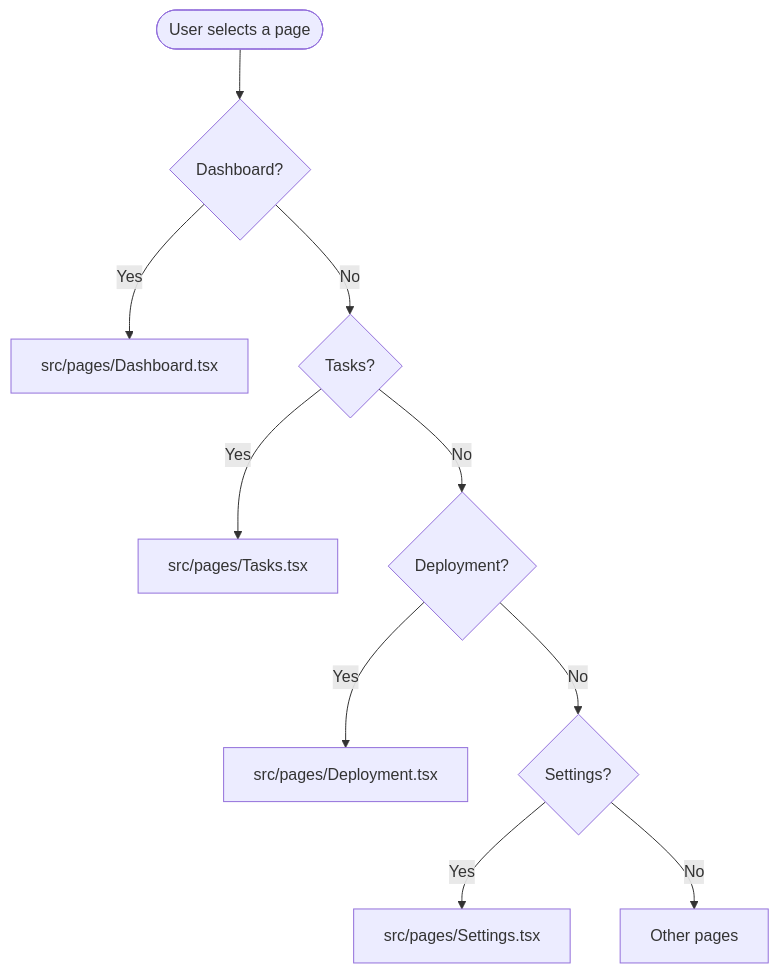
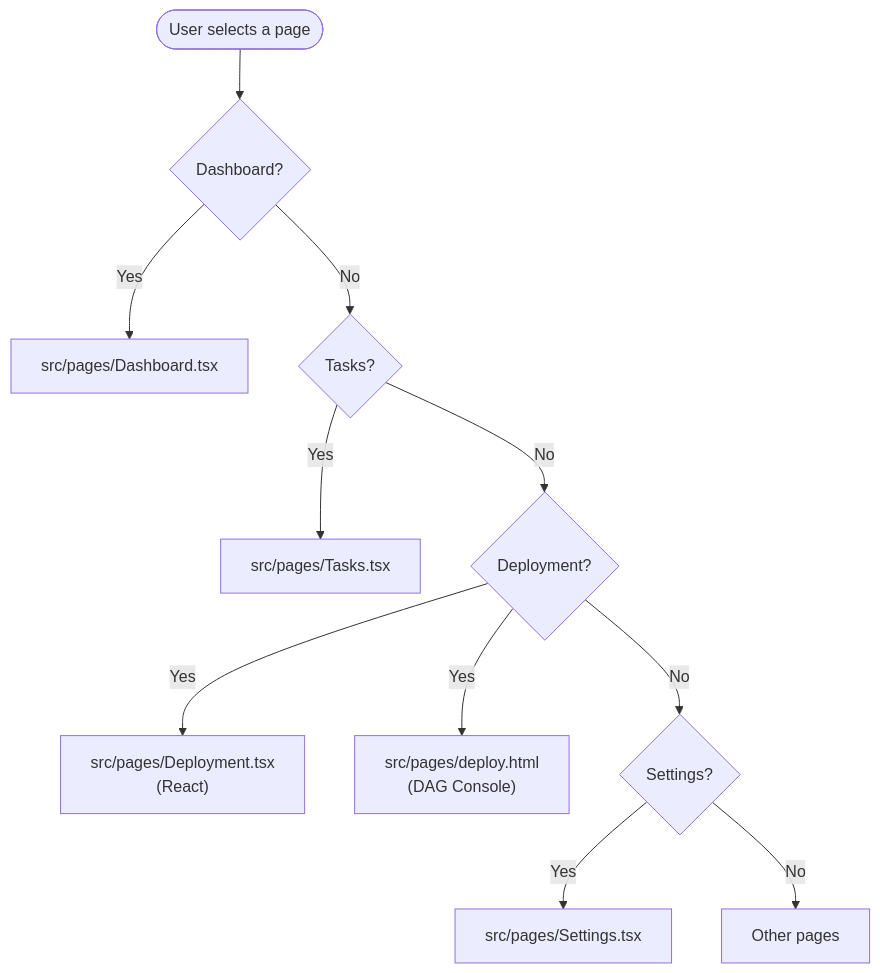
One commit to Glimora-X/work-helper changed the fourth of 5 diagrams in .qoder/repowiki/en/content/Frontend Application Architecture/Frontend Application Architecture.md. Above: the diagram before and after it, drawn with Mermaid. The commit also changed other lines of this file and 11 other files, not shown here.

````diff
--- a/.qoder/repowiki/en/content/Frontend Application Architecture/Frontend Application Architecture.md
+++ b/.qoder/repowiki/en/content/Frontend Application Architecture/Frontend Application Architecture.md
@@ -182,12 +199,13 @@
 ```mermaid
 flowchart TD
 Start(["User selects a page"]) --> Dash{"Dashboard?"}
 Dash --> |Yes| D["src/pages/Dashboard.tsx"]
 Dash --> |No| Task{"Tasks?"}
 Task --> |Yes| T["src/pages/Tasks.tsx"]
 Task --> |No| Deplo{"Deployment?"}
-Deplo --> |Yes| DP["src/pages/Deployment.tsx"]
+Deplo --> |Yes| DR["src/pages/Deployment.tsx<br/>(React)"]
+Deplo --> |Yes| DH["src/pages/deploy.html<br/>(DAG Console)"]
 Deplo --> |No| Set{"Settings?"}
 Set --> |Yes| S["src/pages/Settings.tsx"]
 Set --> |No| Other["Other pages"]
 ```
````
